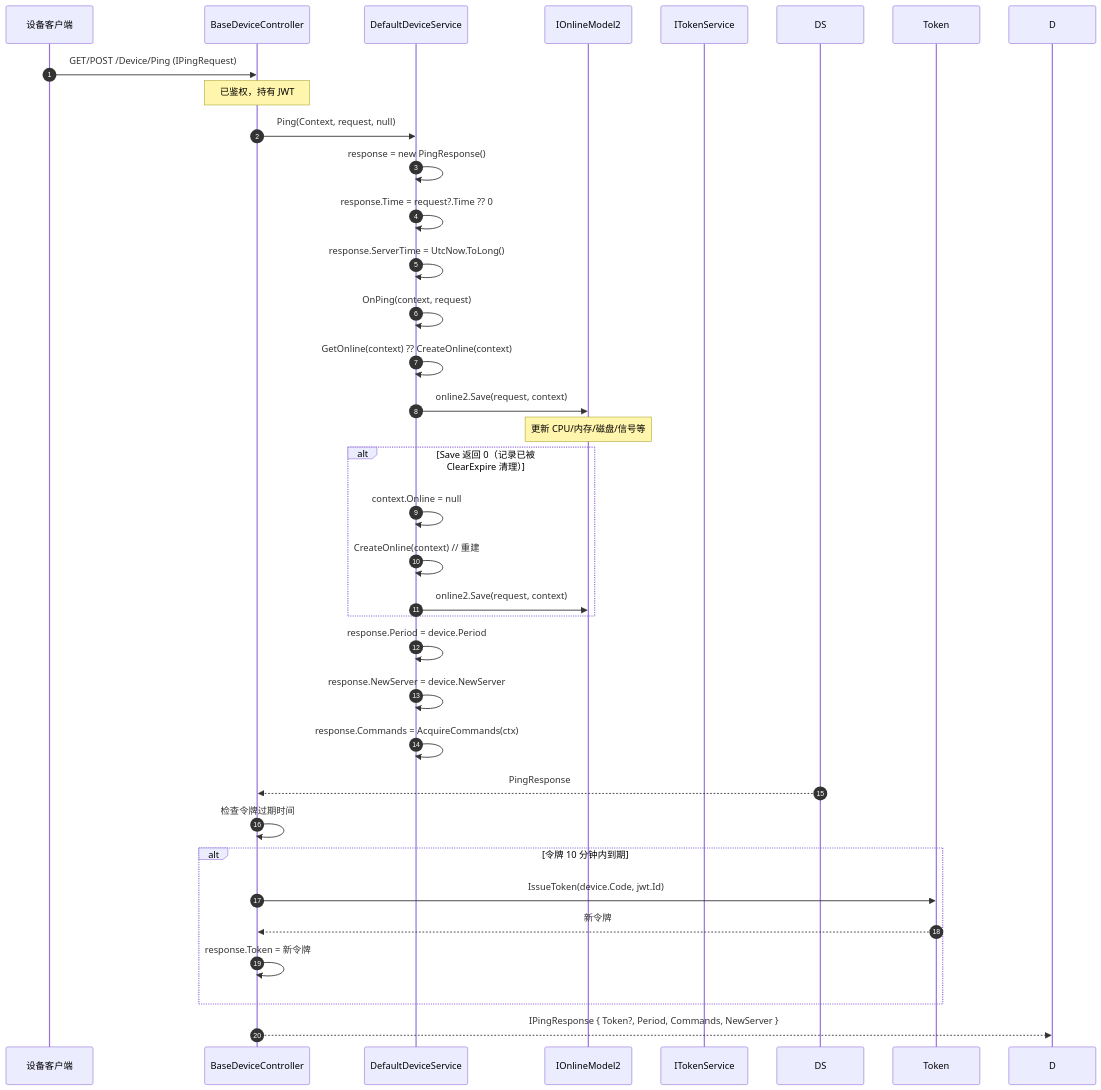
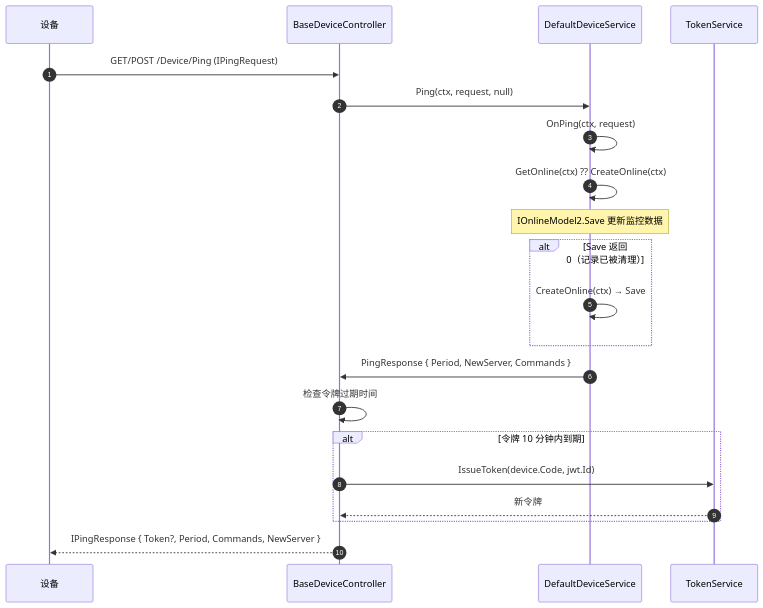
One commit to NewLifeX/NewLife.Remoting changed the sixth of 10 diagrams in Doc/SRV-服务端架构.md. Above: the diagram before and after it, drawn with Mermaid. The commit also changed other lines of this file, not shown here.

First line of the commit message:
重构并优化登录/注册/心跳流程时序图

````diff
--- a/Doc/SRV-服务端架构.md
+++ b/Doc/SRV-服务端架构.md
@@ -220,42 +190,29 @@
 ```mermaid
 sequenceDiagram
     autonumber
-    participant Device as 设备客户端
+    participant D as 设备
     participant BC as BaseDeviceController
-    participant DDS as DefaultDeviceService
-    participant Online as IOnlineModel2
-    participant TokenSvc as ITokenService
+    participant Svc as DefaultDeviceService
+    participant Token as TokenService
 
-    Device->>BC: GET/POST /Device/Ping (IPingRequest)
-    Note over BC: 已鉴权，持有 JWT
+    D->>BC: GET/POST /Device/Ping (IPingRequest)
 
-    BC->>DDS: Ping(Context, request, null)
-    DDS->>DDS: response = new PingResponse()
-    DDS->>DDS: response.Time = request?.Time ?? 0
-    DDS->>DDS: response.ServerTime = UtcNow.ToLong()
+    BC->>Svc: Ping(ctx, request, null)
+    Svc->>Svc: OnPing(ctx, request)
+    Svc->>Svc: GetOnline(ctx) ?? CreateOnline(ctx)
+    Note over Svc: IOnlineModel2.Save 更新监控数据
 
-    DDS->>DDS: OnPing(context, request)
-    DDS->>DDS: GetOnline(context) ?? CreateOnline(context)
-    DDS->>Online: online2.Save(request, context)
-    Note over Online: 更新 CPU/内存/磁盘/信号等
-
-    alt Save 返回 0（记录已被 ClearExpire 清理）
-        DDS->>DDS: context.Online = null
-        DDS->>DDS: CreateOnline(context)  // 重建
-        DDS->>Online: online2.Save(request, context)
+    alt Save 返回 0（记录已被清理）
+        Svc->>Svc: CreateOnline(ctx) → Save
     end
 
-    DDS->>DDS: response.Period = device.Period
-    DDS->>DDS: response.NewServer = device.NewServer
-    DDS->>DDS: response.Commands = AcquireCommands(ctx)
-    DS-->>BC: PingResponse
+    Svc->>BC: PingResponse { Period, NewServer, Commands }
 
     BC->>BC: 检查令牌过期时间
     alt 令牌 10 分钟内到期
         BC->>Token: IssueToken(device.Code, jwt.Id)
         Token-->>BC: 新令牌
-        BC->>BC: response.Token = 新令牌
     end
 
     BC-->>D: IPingResponse { Token?, Period, Commands, NewServer }
 ```
````
